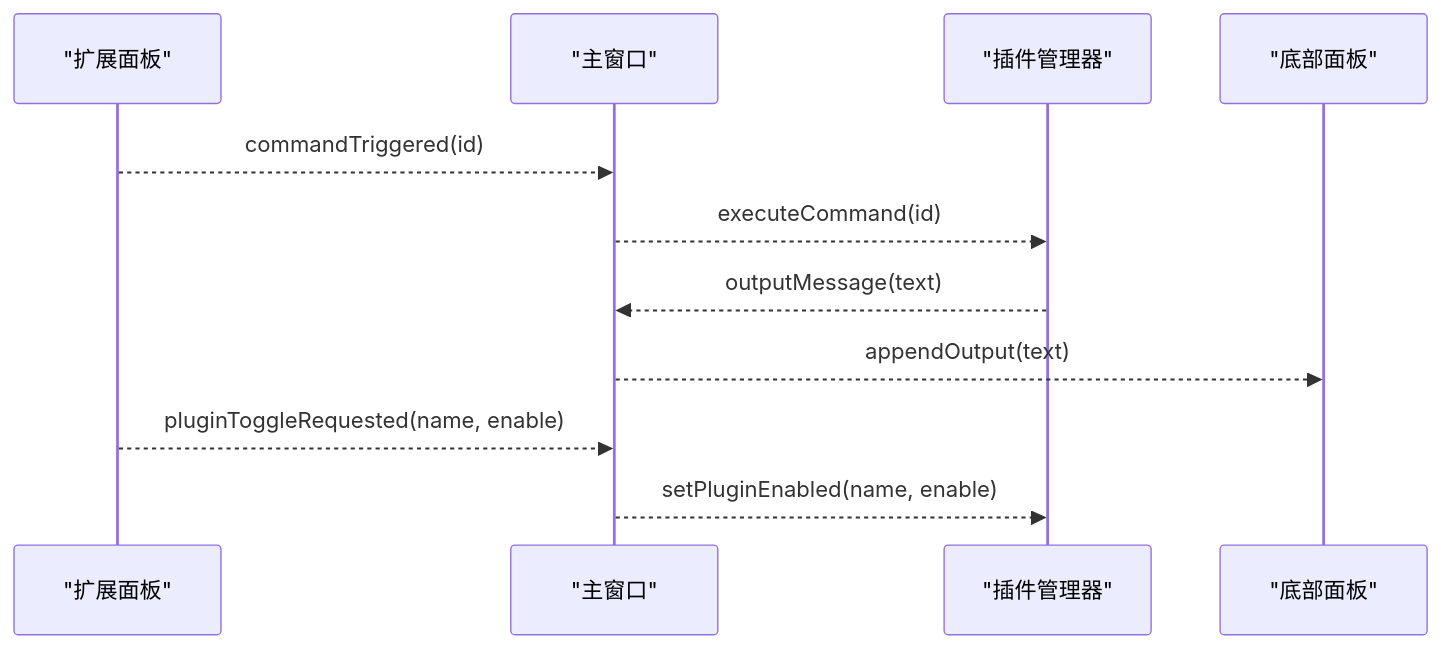
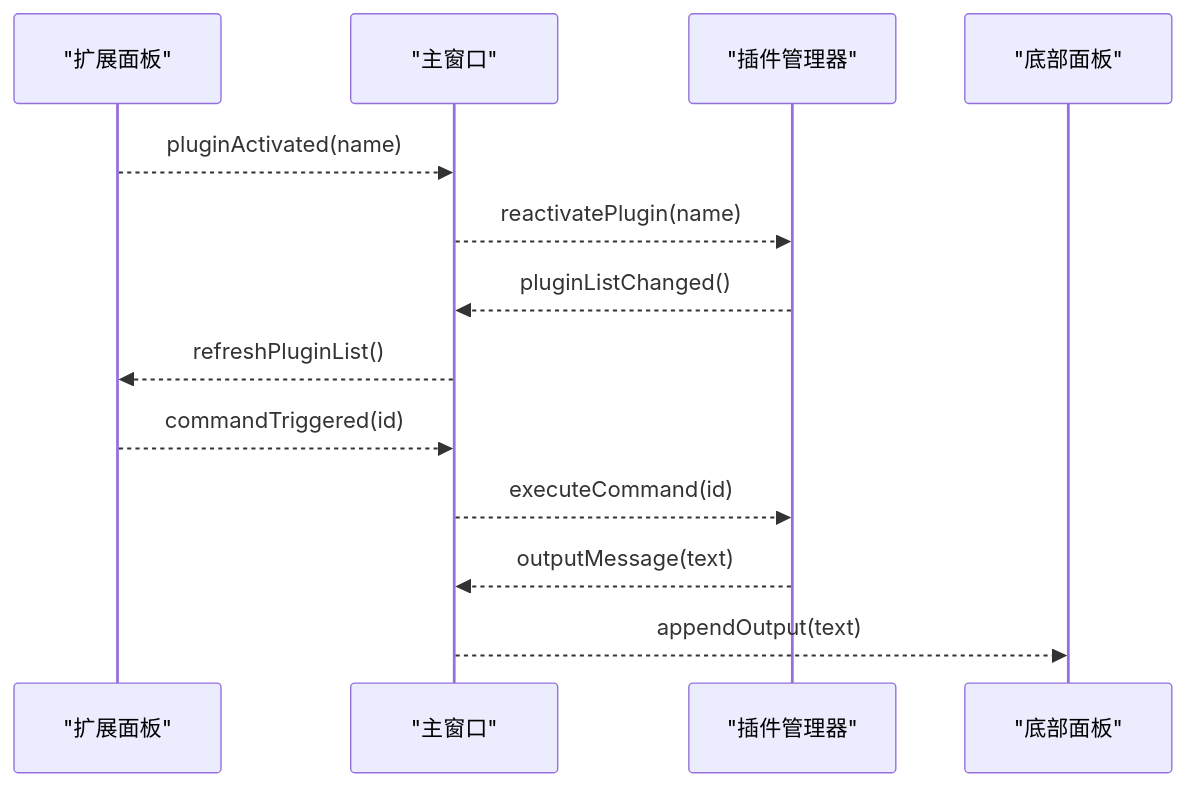
One commit to jakecai1225-design/OpenBus changed the fourth of 9 diagrams in .qoder/repowiki/zh/content/架构设计/插件系统架构/扩展面板系统.md. Above: the diagram before and after it, drawn with Mermaid. The commit also changed other lines of this file and 5 other files, not shown here.

````diff
--- a/.qoder/repowiki/zh/content/架构设计/插件系统架构/扩展面板系统.md
+++ b/.qoder/repowiki/zh/content/架构设计/插件系统架构/扩展面板系统.md
@@ -203,13 +211,15 @@
 ```mermaid
 sequenceDiagram
 participant EP as "扩展面板"
 participant MW as "主窗口"
 participant PM as "插件管理器"
 participant BP as "底部面板"
+EP-->>MW : pluginActivated(name)
+MW-->>PM : reactivatePlugin(name)
+PM-->>MW : pluginListChanged()
+MW-->>EP : refreshPluginList()
 EP-->>MW : commandTriggered(id)
 MW-->>PM : executeCommand(id)
 PM-->>MW : outputMessage(text)
 MW-->>BP : appendOutput(text)
-EP-->>MW : pluginToggleRequested(name, enable)
-MW-->>PM : setPluginEnabled(name, enable)
 ```
````
